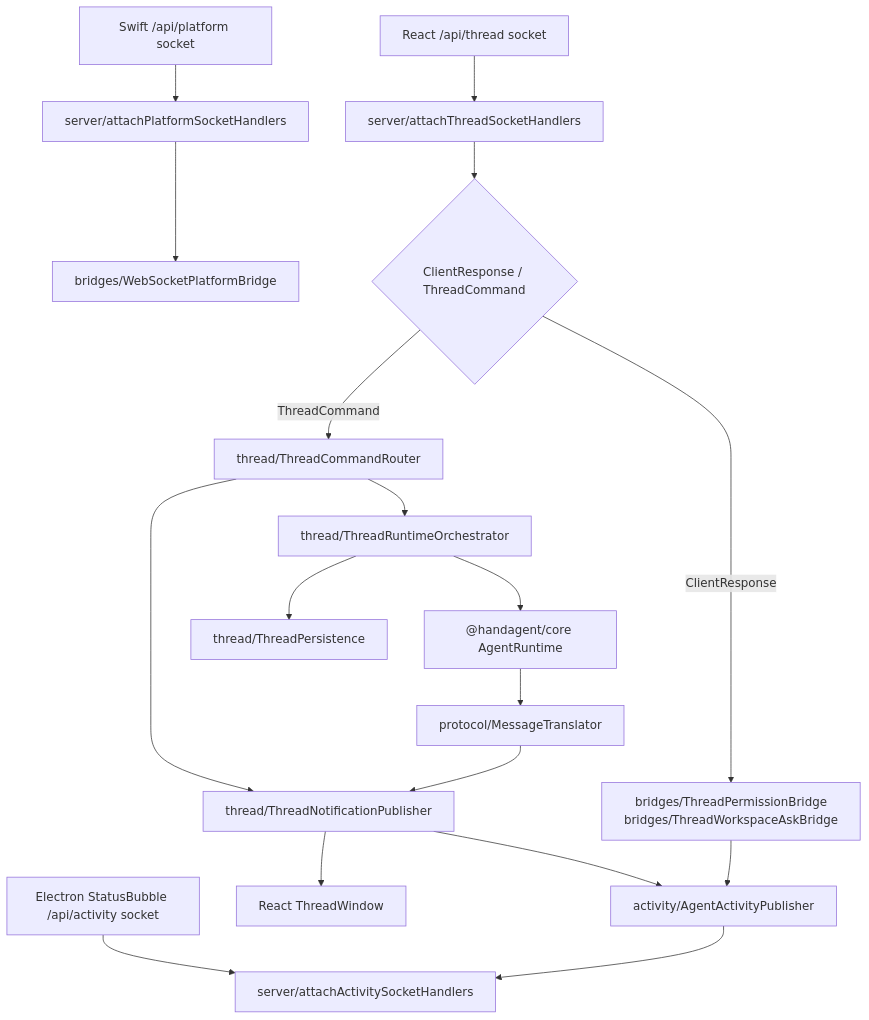
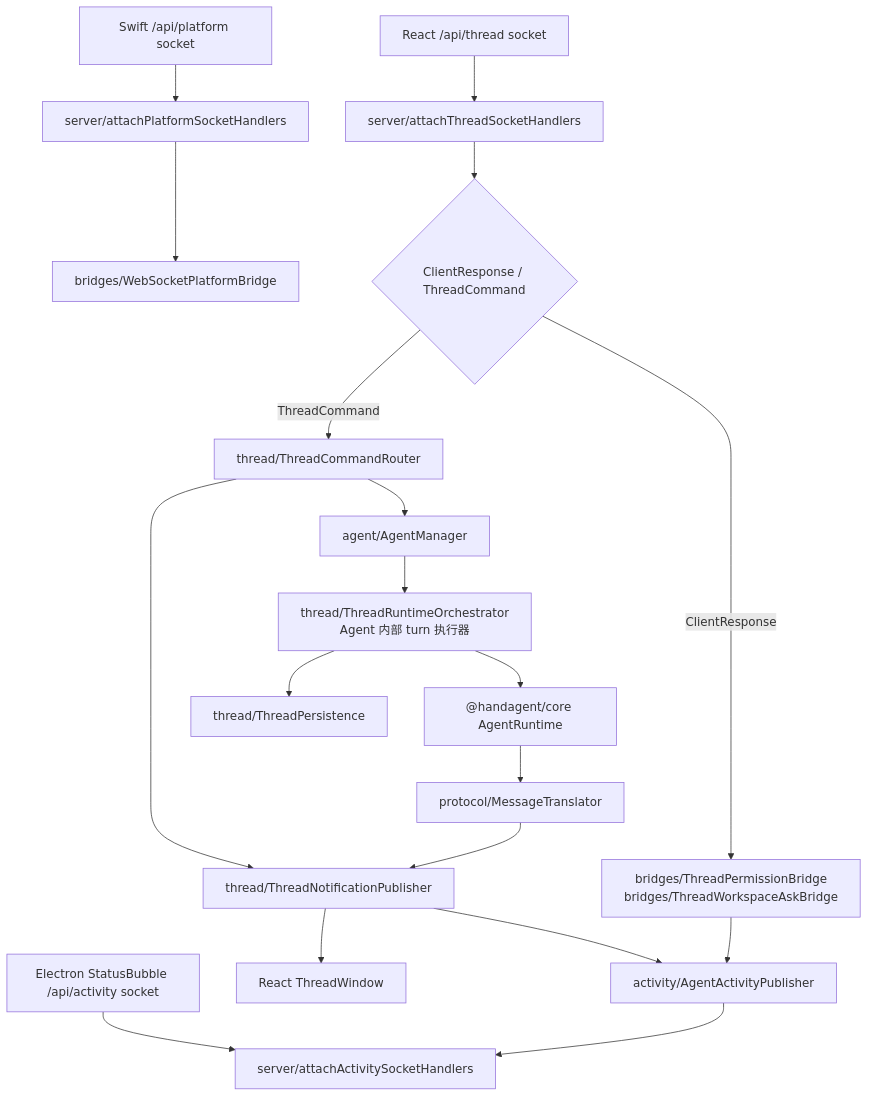
Before and after one commit to Lixuhang987/SpotAgent: the diagram in apps/agent-server/agent-server.md, drawn with Mermaid. The commit also changed other lines of this file and 47 other files, not shown here.

Commit message:
refactor: introduce persistent agent op runtime

````diff
--- a/apps/agent-server/agent-server.md
+++ b/apps/agent-server/agent-server.md
@@ -44,20 +45,21 @@
 ```mermaid
 flowchart TD
   A["React /api/thread socket"] --> B["server/attachThreadSocketHandlers"]
   ACT["Electron StatusBubble /api/activity socket"] --> AP["server/attachActivitySocketHandlers"]
   P["Swift /api/platform socket"] --> D["server/attachPlatformSocketHandlers"]
   D --> PB["bridges/WebSocketPlatformBridge"]
   B --> C{"ClientResponse / ThreadCommand"}
   C -- "ClientResponse" --> E["bridges/ThreadPermissionBridge<br/>bridges/ThreadWorkspaceAskBridge"]
   C -- "ThreadCommand" --> F["thread/ThreadCommandRouter"]
-  F --> G["thread/ThreadRuntimeOrchestrator"]
+  F --> AM["agent/AgentManager"]
+  AM --> G["thread/ThreadRuntimeOrchestrator<br/>Agent 内部 turn 执行器"]
   F --> H["thread/ThreadNotificationPublisher"]
   G --> I["@handagent/core AgentRuntime"]
   I --> J["protocol/MessageTranslator"]
   J --> H
   H --> K["React ThreadWindow"]
   H --> APub["activity/AgentActivityPublisher"]
   E --> APub
   APub --> AP
   G --> L["thread/ThreadPersistence"]
 ```
````
